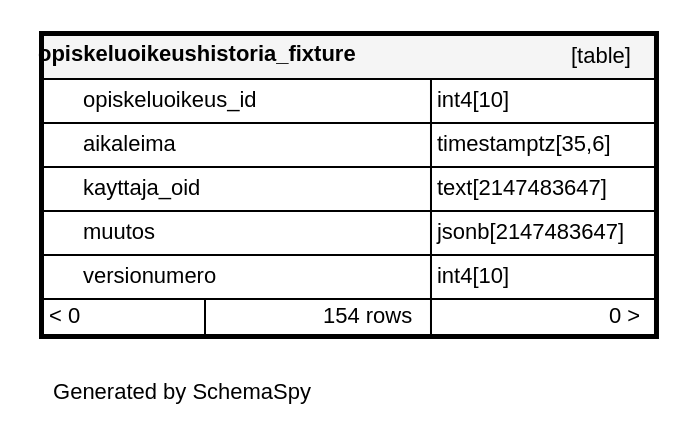
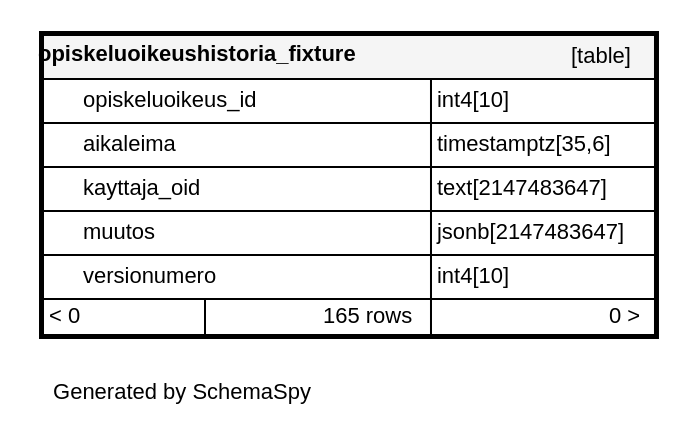
The diagram in documentation/tietokantaskeemat/koski/diagrams/tables/opiskeluoikeushistoria_fixture.1degree.dot (Opetushallitus/koski), drawn with Graphviz before and after one commit. The commit also changed 122 other files, not shown here.

```diff
--- a/documentation/tietokantaskeemat/koski/diagrams/tables/opiskeluoikeushistoria_fixture.1degree.dot
+++ b/documentation/tietokantaskeemat/koski/diagrams/tables/opiskeluoikeushistoria_fixture.1degree.dot
@@ -1,18 +1,18 @@
 digraph "oneDegreeRelationshipsDiagram" {
   graph [    rankdir="RL"    bgcolor="#ffffff"    label="\nGenerated by SchemaSpy"    labeljust="l"    nodesep="0.18"    ranksep="0.46"    fontname="Helvetica"    fontsize="11"    ration="compress"  ];  node [    fontname="Helvetica"    fontsize="11"    shape="plaintext"  ];  edge [    arrowsize="0.8"  ];
   "opiskeluoikeushistoria_fixture" [
    label=<
     <TABLE BORDER="2" CELLBORDER="1" CELLSPACING="0" BGCOLOR="#ffffff">
       <TR><TD COLSPAN="4"  BGCOLOR="#f5f5f5"><TABLE BORDER="0" CELLSPACING="0"><TR><TD ALIGN="LEFT" FIXEDSIZE="TRUE" WIDTH="173" HEIGHT="16"><B>opiskeluoikeushistoria_fixture</B></TD><TD ALIGN="RIGHT">[table]</TD></TR></TABLE></TD></TR>
       <TR><TD PORT="opiskeluoikeus_id" COLSPAN="2" ALIGN="LEFT"><TABLE BORDER="0" CELLSPACING="0" ALIGN="LEFT"><TR ALIGN="LEFT"><TD ALIGN="LEFT" FIXEDSIZE="TRUE" WIDTH="15" HEIGHT="16"></TD><TD ALIGN="LEFT" FIXEDSIZE="TRUE" WIDTH="173" HEIGHT="16">opiskeluoikeus_id</TD></TR></TABLE></TD><TD PORT="opiskeluoikeus_id.type" ALIGN="LEFT">int4[10]</TD></TR>
       <TR><TD PORT="aikaleima" COLSPAN="2" ALIGN="LEFT"><TABLE BORDER="0" CELLSPACING="0" ALIGN="LEFT"><TR ALIGN="LEFT"><TD ALIGN="LEFT" FIXEDSIZE="TRUE" WIDTH="15" HEIGHT="16"></TD><TD ALIGN="LEFT" FIXEDSIZE="TRUE" WIDTH="173" HEIGHT="16">aikaleima</TD></TR></TABLE></TD><TD PORT="aikaleima.type" ALIGN="LEFT">timestamptz[35,6]</TD></TR>
       <TR><TD PORT="kayttaja_oid" COLSPAN="2" ALIGN="LEFT"><TABLE BORDER="0" CELLSPACING="0" ALIGN="LEFT"><TR ALIGN="LEFT"><TD ALIGN="LEFT" FIXEDSIZE="TRUE" WIDTH="15" HEIGHT="16"></TD><TD ALIGN="LEFT" FIXEDSIZE="TRUE" WIDTH="173" HEIGHT="16">kayttaja_oid</TD></TR></TABLE></TD><TD PORT="kayttaja_oid.type" ALIGN="LEFT">text[2147483647]</TD></TR>
       <TR><TD PORT="muutos" COLSPAN="2" ALIGN="LEFT"><TABLE BORDER="0" CELLSPACING="0" ALIGN="LEFT"><TR ALIGN="LEFT"><TD ALIGN="LEFT" FIXEDSIZE="TRUE" WIDTH="15" HEIGHT="16"></TD><TD ALIGN="LEFT" FIXEDSIZE="TRUE" WIDTH="173" HEIGHT="16">muutos</TD></TR></TABLE></TD><TD PORT="muutos.type" ALIGN="LEFT">jsonb[2147483647]</TD></TR>
       <TR><TD PORT="versionumero" COLSPAN="2" ALIGN="LEFT"><TABLE BORDER="0" CELLSPACING="0" ALIGN="LEFT"><TR ALIGN="LEFT"><TD ALIGN="LEFT" FIXEDSIZE="TRUE" WIDTH="15" HEIGHT="16"></TD><TD ALIGN="LEFT" FIXEDSIZE="TRUE" WIDTH="173" HEIGHT="16">versionumero</TD></TR></TABLE></TD><TD PORT="versionumero.type" ALIGN="LEFT">int4[10]</TD></TR>
-      <TR><TD ALIGN="LEFT" BGCOLOR="#ffffff">&lt; 0</TD><TD ALIGN="RIGHT" BGCOLOR="#ffffff">154 rows</TD><TD ALIGN="RIGHT" BGCOLOR="#ffffff">0 &gt;</TD></TR>
+      <TR><TD ALIGN="LEFT" BGCOLOR="#ffffff">&lt; 0</TD><TD ALIGN="RIGHT" BGCOLOR="#ffffff">165 rows</TD><TD ALIGN="RIGHT" BGCOLOR="#ffffff">0 &gt;</TD></TR>
     </TABLE>>
     URL="../../tables/opiskeluoikeushistoria_fixture.html"
     target="_top"
     tooltip="opiskeluoikeushistoria_fixture"
   ];
 }
```
